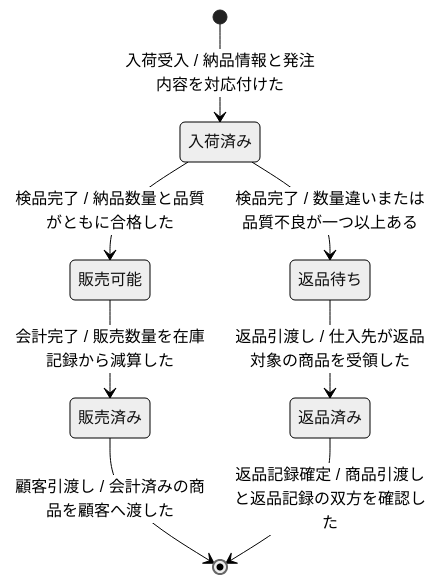
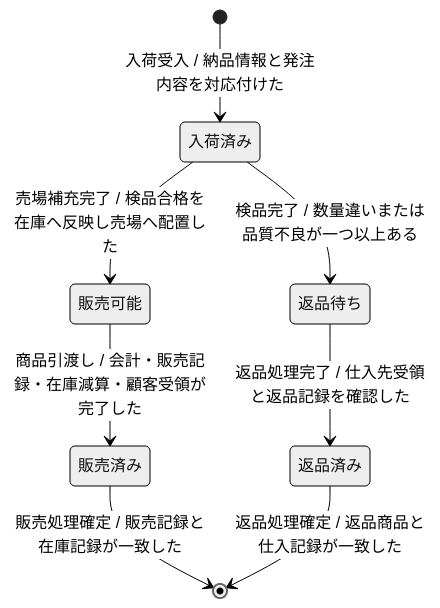
One commit to specdojo/specdojo changed the diagram in docs/ja/specdojo/samples/stsd-sample.md. Above: the diagram before and after it, drawn with Mermaid (neutral theme). The commit also changed other lines of this file and 12 other files, not shown here.

````diff
--- a/docs/ja/specdojo/samples/stsd-sample.md
+++ b/docs/ja/specdojo/samples/stsd-sample.md
@@ -67,10 +57,10 @@
 ```mermaid
 stateDiagram-v2
   [*] --> 入荷済み : 入荷受入 / 納品情報と発注内容を対応付けた
-  入荷済み --> 販売可能 : 検品完了 / 納品数量と品質がともに合格した
+  入荷済み --> 販売可能 : 売場補充完了 / 検品合格を在庫へ反映し売場へ配置した
   入荷済み --> 返品待ち : 検品完了 / 数量違いまたは品質不良が一つ以上ある
-  販売可能 --> 販売済み : 会計完了 / 販売数量を在庫記録から減算した
-  返品待ち --> 返品済み : 返品引渡し / 仕入先が返品対象の商品を受領した
-  販売済み --> [*] : 顧客引渡し / 会計済みの商品を顧客へ渡した
-  返品済み --> [*] : 返品記録確定 / 商品引渡しと返品記録の双方を確認した
+  販売可能 --> 販売済み : 商品引渡し / 会計・販売記録・在庫減算・顧客受領が完了した
+  返品待ち --> 返品済み : 返品処理完了 / 仕入先受領と返品記録を確認した
+  販売済み --> [*] : 販売処理確定 / 販売記録と在庫記録が一致した
+  返品済み --> [*] : 返品処理確定 / 返品商品と仕入記録が一致した
 ```
````
